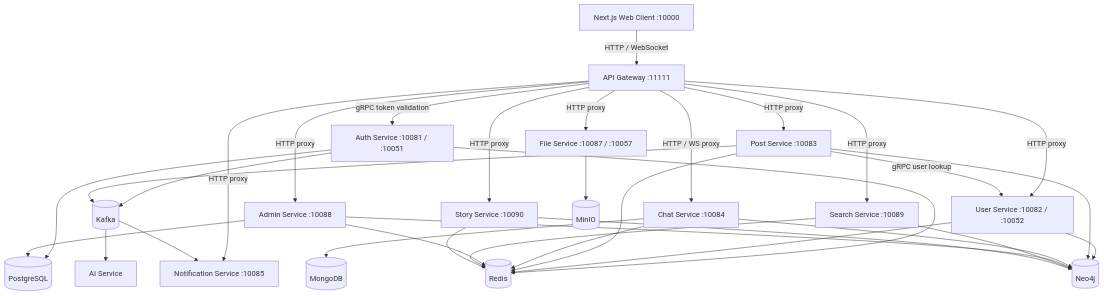
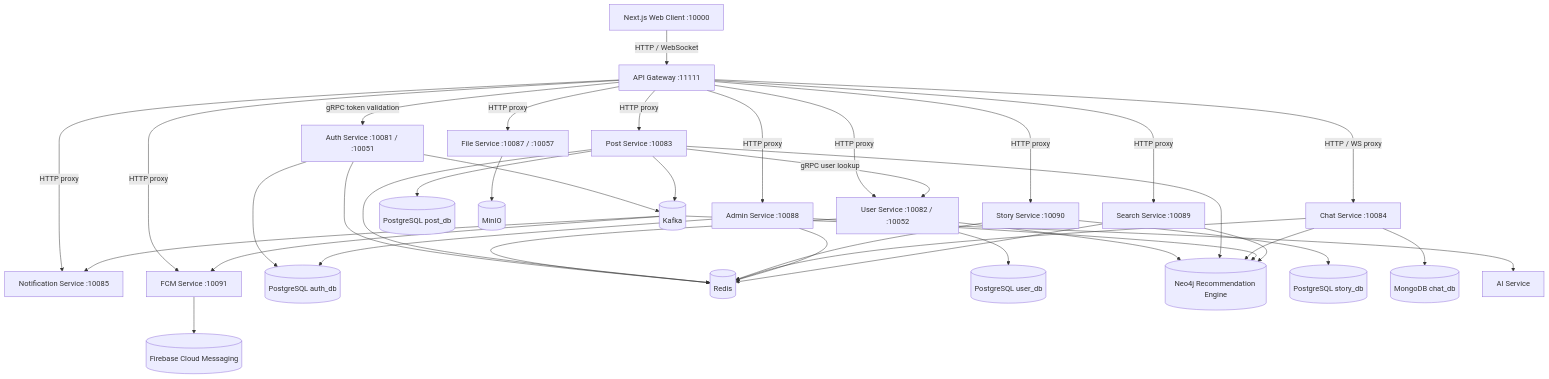
Before and after one commit to thangtranitwork/social-network-micro-services-go: the diagram in README.md, drawn with Mermaid. The commit also changed other lines of this file and 3 other files, not shown here.

````diff
--- a/README.md
+++ b/README.md
@@ -22,37 +25,42 @@
 ```mermaid
 graph TD
     Client[Next.js Web Client :10000] -->|HTTP / WebSocket| Gateway[API Gateway :11111]
 
     Gateway -->|gRPC token validation| Auth[Auth Service :10081 / :10051]
     Gateway -->|HTTP proxy| User[User Service :10082 / :10052]
     Gateway -->|HTTP proxy| Post[Post Service :10083]
     Gateway -->|HTTP / WS proxy| Chat[Chat Service :10084]
     Gateway -->|HTTP proxy| Notification[Notification Service :10085]
     Gateway -->|HTTP proxy| File[File Service :10087 / :10057]
     Gateway -->|HTTP proxy| Admin[Admin Service :10088]
     Gateway -->|HTTP proxy| Search[Search Service :10089]
     Gateway -->|HTTP proxy| Story[Story Service :10090]
+    Gateway -->|HTTP proxy| FCM[FCM Service :10091]
 
-    Auth --> Postgres[(PostgreSQL)]
+    Auth --> AuthDB[(PostgreSQL auth_db)]
     Auth --> Redis[(Redis)]
-    User --> Neo4j[(Neo4j)]
+    User --> UserDB[(PostgreSQL user_db)]
+    User --> Neo4j[(Neo4j Recommendation Engine)]
     User --> Redis
+    Post --> PostDB[(PostgreSQL post_db)]
     Post --> Neo4j
     Post --> Redis
     Post -->|gRPC user lookup| User
-    Chat --> Mongo[(MongoDB)]
+    Story --> StoryDB[(PostgreSQL story_db)]
+    Story --> Redis
+    Chat --> Mongo[(MongoDB chat_db)]
     Chat --> Redis
     Chat --> Neo4j
     File --> MinIO[(MinIO)]
-    Admin --> Postgres
+    Admin --> AuthDB
     Admin --> Neo4j
     Admin --> Redis
     Search --> Neo4j
     Search --> Redis
-    Story --> Neo4j
-    Story --> Redis
+    FCM --> Firebase[(Firebase Cloud Messaging)]
     Auth --> Kafka[(Kafka)]
     Post --> Kafka
     Kafka --> Notification
+    Kafka --> FCM
     Kafka --> AI[AI Service]
 ```
````
